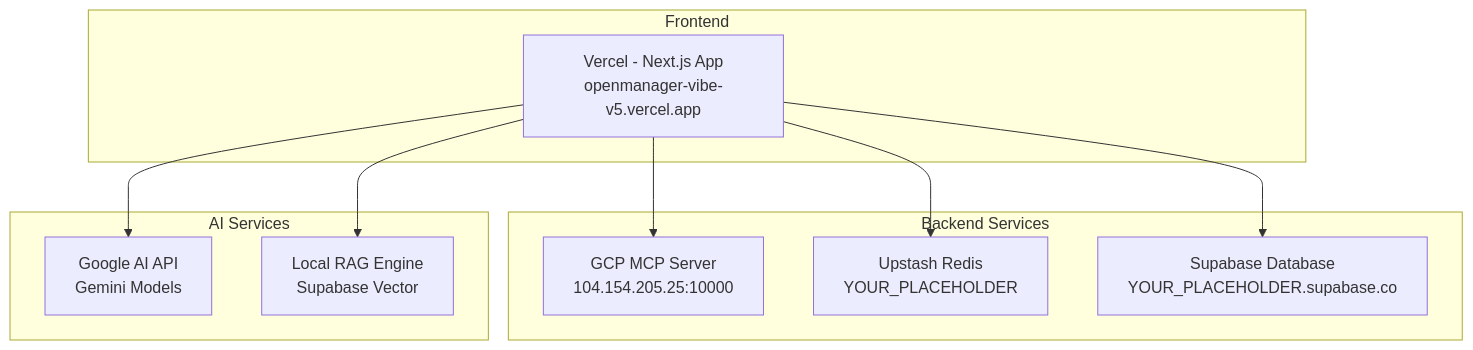
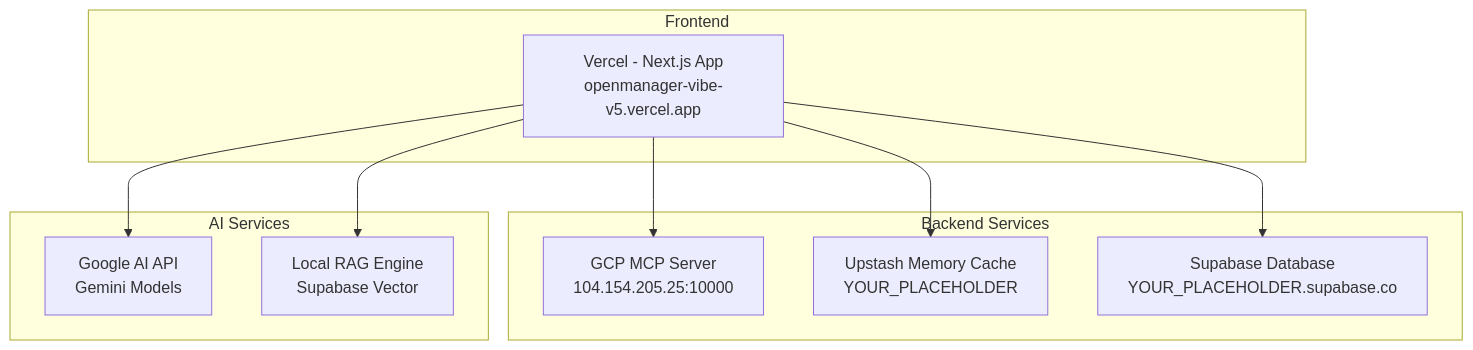
Before and after one commit to skyasu2/openmanager-vibe-v5: the diagram in docs/monitoring/system-status-monitoring-guide.md, drawn with Mermaid. The commit also changed other lines of this file and 198 other files, not shown here.

````diff
--- a/docs/monitoring/system-status-monitoring-guide.md
+++ b/docs/monitoring/system-status-monitoring-guide.md
@@ -13,23 +13,23 @@
 ```mermaid
 graph TB
     subgraph "Frontend"
         A[Vercel - Next.js App<br/>openmanager-vibe-v5.vercel.app]
     end
 
     subgraph "Backend Services"
         B[GCP MCP Server<br/>104.154.205.25:10000]
-        C[Upstash Redis<br/>YOUR_PLACEHOLDER]
+        C[Upstash Memory Cache<br/>YOUR_PLACEHOLDER]
         D[Supabase Database<br/>YOUR_PLACEHOLDER.supabase.co]
     end
 
     subgraph "AI Services"
         E[Google AI API<br/>Gemini Models]
         F[Local RAG Engine<br/>Supabase Vector]
     end
 
     A --> B
     A --> C
     A --> D
     A --> E
     A --> F
 ```
````
